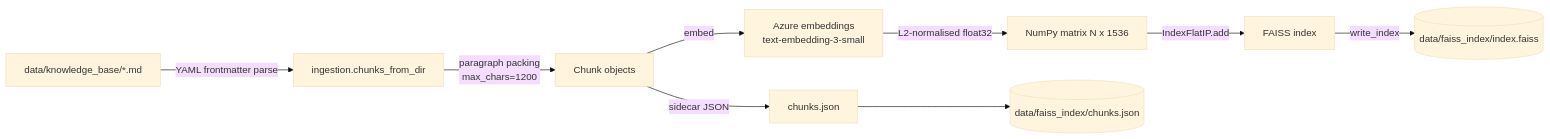
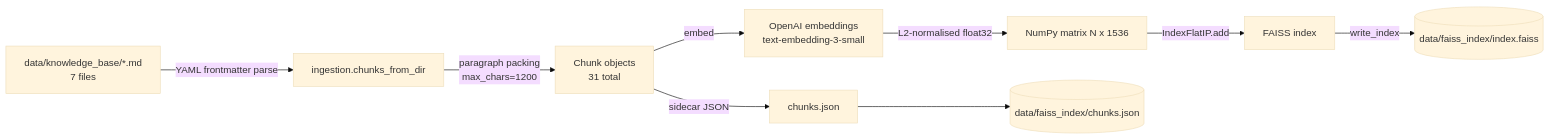
One commit to trietta1999/AIHack changed the second of 4 diagrams in docs/03-architecture.md. Above: the diagram before and after it, drawn with Mermaid (base theme). The commit also changed other lines of this file and 12 other files, not shown here.

````diff
--- a/docs/03-architecture.md
+++ b/docs/03-architecture.md
@@ -44,11 +46,11 @@
 ```mermaid
 flowchart LR
-    md[data/knowledge_base/*.md] -->|YAML frontmatter parse| ing[ingestion.chunks_from_dir]
-    ing -->|paragraph packing<br/>max_chars=1200| chunks[Chunk objects]
-    chunks -->|embed| azemb[Azure embeddings<br/>text-embedding-3-small]
-    azemb -->|L2-normalised float32| vecs[NumPy matrix N x 1536]
+    md[data/knowledge_base/*.md<br/>7 files] -->|YAML frontmatter parse| ing[ingestion.chunks_from_dir]
+    ing -->|paragraph packing<br/>max_chars=1200| chunks[Chunk objects<br/>31 total]
+    chunks -->|embed| oaemb[OpenAI embeddings<br/>text-embedding-3-small]
+    oaemb -->|L2-normalised float32| vecs[NumPy matrix N x 1536]
     vecs -->|IndexFlatIP.add| faissidx[FAISS index]
     chunks -->|sidecar JSON| meta[chunks.json]
     faissidx -->|write_index| disk[(data/faiss_index/index.faiss)]
     meta --> disk2[(data/faiss_index/chunks.json)]
 ```
````
